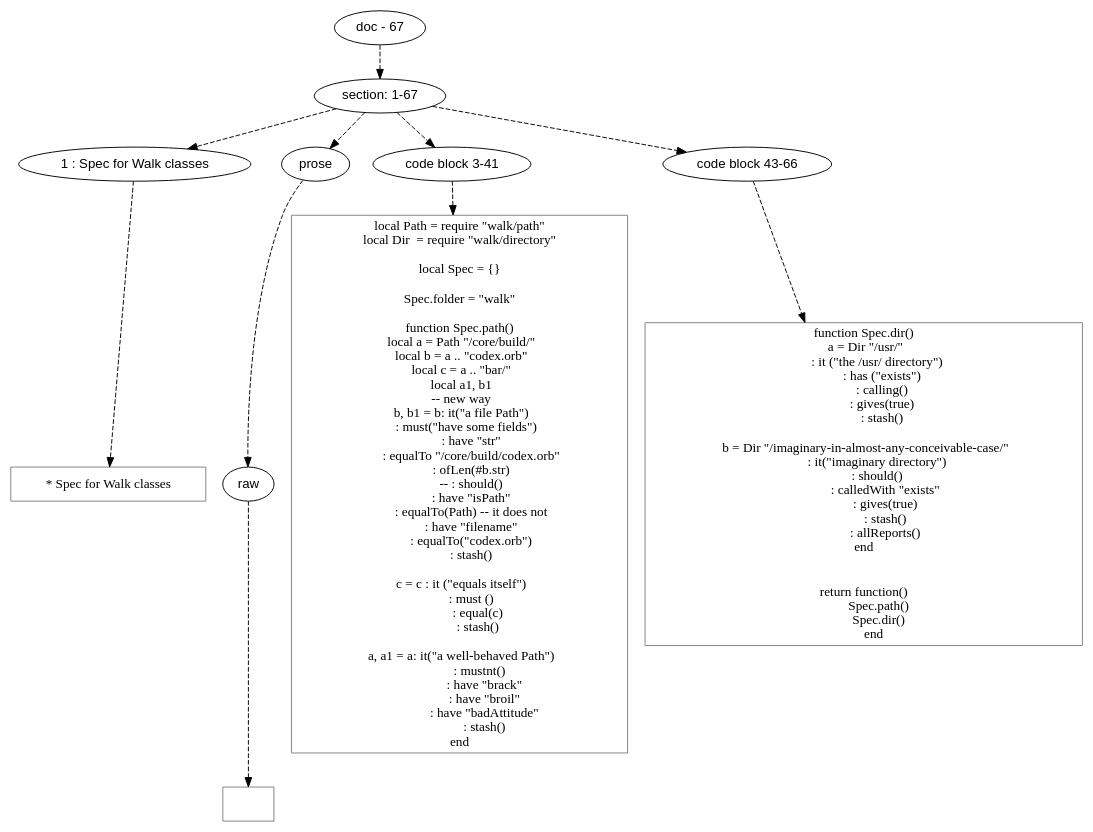
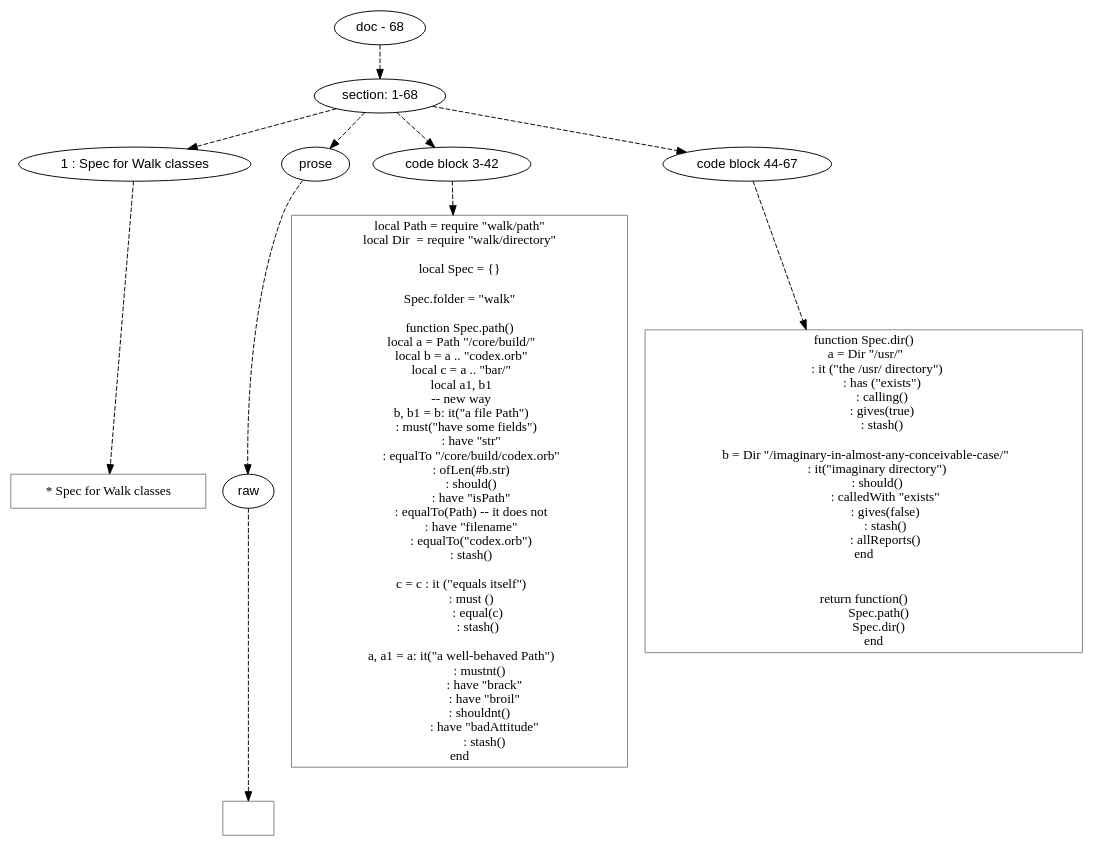
One commit to mnemnion/orb changed the diagram in doc/dot/spec/walk-spec.dot. Above: the diagram before and after it, drawn with Graphviz. The commit also changed 4 other files, not shown here.

```diff
--- a/doc/dot/spec/walk-spec.dot
+++ b/doc/dot/spec/walk-spec.dot
@@ -1,114 +1,115 @@
 digraph lpegNode {
 
 node [fontname=Helvetica]
 edge [style=dashed]
 
-doc_0 [label="doc - 67"]
+doc_0 [label="doc - 68"]
 
 
 doc_0 -> { section_1}
 {rank=same; section_1}
 
-section_1 [label="section: 1-67"]
+section_1 [label="section: 1-68"]
 
 
 // END RANK doc_0
 
 section_1 -> { header_2 prose_3 codeblock_4 codeblock_5}
 {rank=same; header_2 prose_3 codeblock_4 codeblock_5}
 
 header_2 [label="1 : Spec for Walk classes"]
 
 prose_3 [label="prose"]
 
-codeblock_4 [label="code block 3-41"]
+codeblock_4 [label="code block 3-42"]
 
-codeblock_5 [label="code block 43-66"]
+codeblock_5 [label="code block 44-67"]
 
 
 // END RANK section_1
 
 header_2 -> leaf_6
 leaf_6  [color=Gray,shape=rectangle,fontname=Inconsolata,label="* Spec for Walk classes"]
 // END RANK header_2
 
 prose_3 -> { raw_7}
 {rank=same; raw_7}
 
 raw_7 [label="raw"]
 
 
 // END RANK prose_3
 
 raw_7 -> leaf_8
 leaf_8  [color=Gray,shape=rectangle,fontname=Inconsolata,label="
 "]
 // END RANK raw_7
 
 codeblock_4 -> leaf_9
 leaf_9  [color=Gray,shape=rectangle,fontname=Inconsolata,label="local Path = require \"walk/path\"
 local Dir  = require \"walk/directory\"
 
 local Spec = {}
 
 Spec.folder = \"walk\"
 
 function Spec.path()
   local a = Path \"/core/build/\"
   local b = a .. \"codex.orb\"
   local c = a .. \"bar/\"
   local a1, b1
   -- new way
   b, b1 = b: it(\"a file Path\")
      : must(\"have some fields\")
         : have \"str\"
         : equalTo \"/core/build/codex.orb\"
         : ofLen(#b.str)
-        -- : should()
+        : should()
         : have \"isPath\"
         : equalTo(Path) -- it does not
         : have \"filename\"
         : equalTo(\"codex.orb\")
         : stash()
 
   c = c : it (\"equals itself\")
         : must ()
             : equal(c)
             : stash()
 
   a, a1 = a: it(\"a well-behaved Path\")
              : mustnt()
                 : have \"brack\"
                 : have \"broil\"
+             : shouldnt()
                 : have \"badAttitude\"
                 : stash()
 end"]
 // END RANK codeblock_4
 
 codeblock_5 -> leaf_10
 leaf_10  [color=Gray,shape=rectangle,fontname=Inconsolata,label="function Spec.dir()
   a = Dir \"/usr/\"
          : it (\"the /usr/ directory\")
             : has (\"exists\")
             : calling()
             : gives(true)
             : stash()
 
   b = Dir \"/imaginary-in-almost-any-conceivable-case/\"
          : it(\"imaginary directory\")
          : should()
               : calledWith \"exists\"
-              : gives(true)
+              : gives(false)
               : stash()
               : allReports()
 end
 
 
 return function()
           Spec.path()
           Spec.dir()
        end"]
 // END RANK codeblock_5
 
 
 }
```
